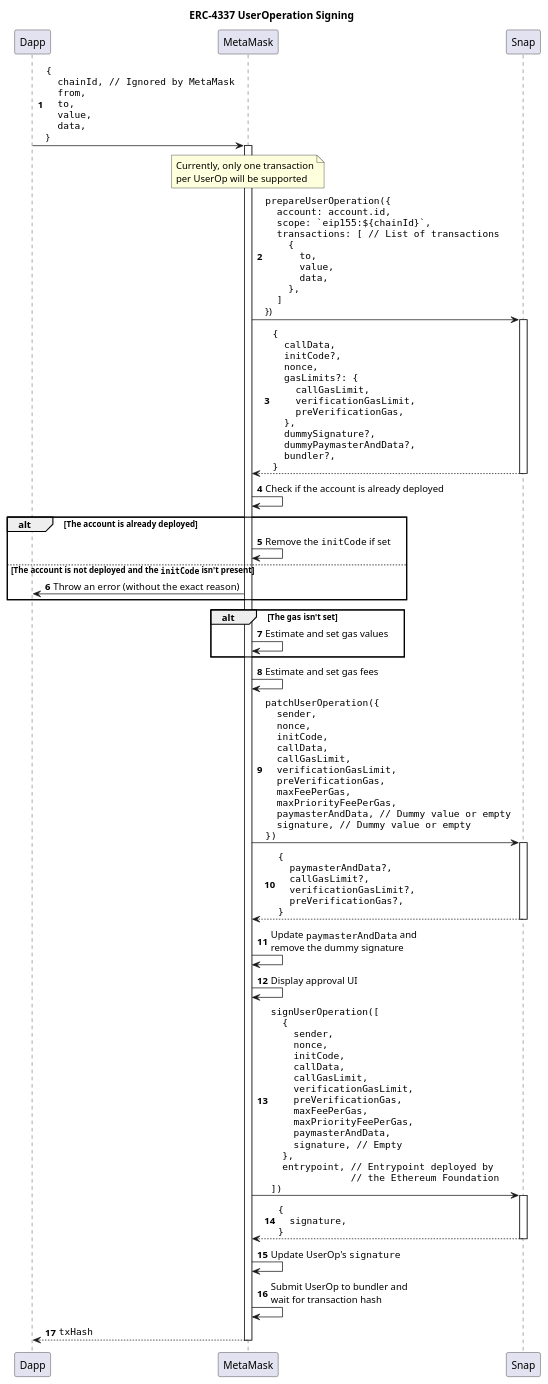
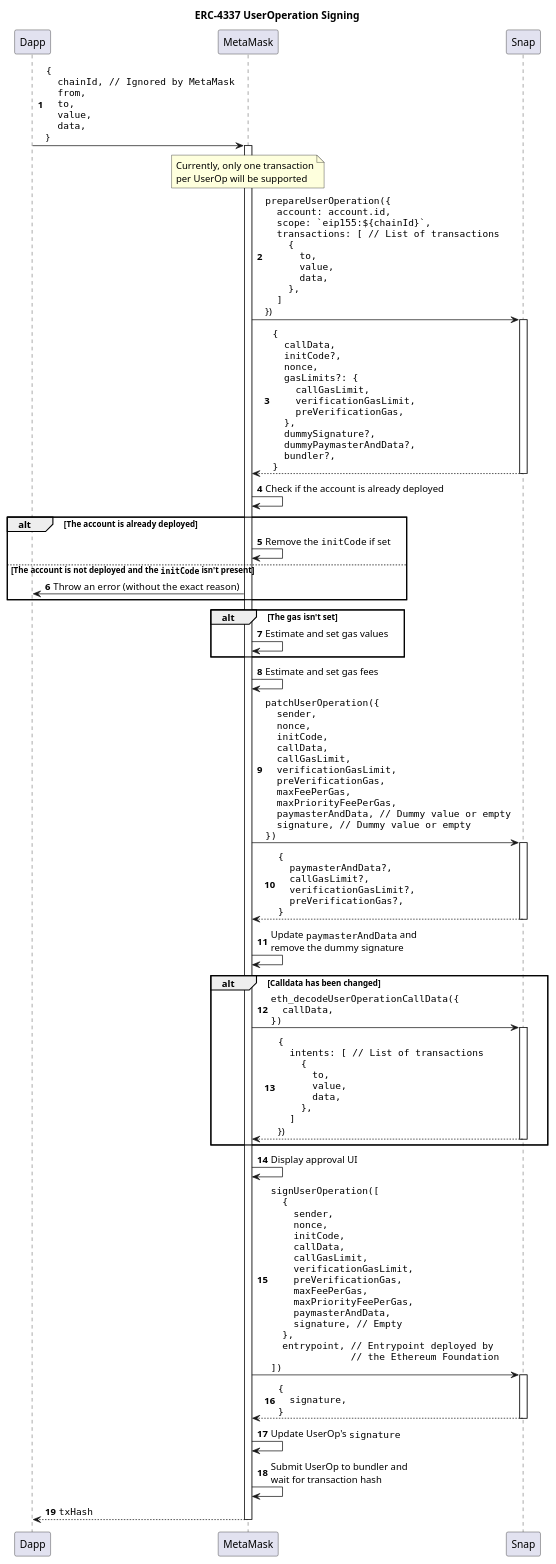
Before and after one commit to MetaMask/keyring-api: the diagram in docs/diagrams/user_operation_signing.puml, drawn with PlantUML. The commit also changed 2 other files, not shown here.

Commit message:
docs: add `eth_decodeUserOperationCallData` to documentation (#254)
* docs: add `eth_decodeUserOperationCallData` to documentation

This method takes the `callData` as input and returns the transaction
intents that were encoded in it.

* feat: update signing flow

* fix: remove 4337 flow from async flow

* feat: update 4337 flow with add decode calldata

---------

```diff
--- a/docs/diagrams/user_operation_signing.puml
+++ b/docs/diagrams/user_operation_signing.puml
@@ -1,118 +1,134 @@
 @startuml "ERC-4337 Account Support"
 autonumber
 skinparam fontname Arial
 
 title "ERC-4337 UserOperation Signing"
 
 participant Dapp
 participant MetaMask
 participant Snap
 
 Dapp -> MetaMask ++: ""{""\n\
 ""  chainId, // Ignored by MetaMask""\n\
 ""  from,""\n\
 ""  to,""\n\
 ""  value,""\n\
 ""  data,""\n\
 }
 
 note over MetaMask
     Currently, only one transaction
     per UserOp will be supported
 end note
 
 MetaMask -> Snap ++: ""prepareUserOperation({""\n\
 ""  account: account.id,""\n\
 ""  scope: `eip155:${chainId}`,""\n\
 ""  transactions: [ // List of transactions""\n\
 ""    {""\n\
 ""      to,""\n\
 ""      value,""\n\
 ""      data,""\n\
 ""    },""\n\
 ""  ]""\n\
 })
 
 Snap --> MetaMask --: ""{""\n\
 ""  callData,""\n\
 ""  initCode?,""\n\
 ""  nonce,""\n\
 ""  gasLimits?: {""\n\
 ""    callGasLimit,""\n\
 ""    verificationGasLimit,""\n\
 ""    preVerificationGas,""\n\
 ""  },""\n\
 ""  dummySignature?,""\n\
 ""  dummyPaymasterAndData?,""\n\
 ""  bundler?,""\n\
 ""}""
 
 MetaMask -> MetaMask: Check if the account is already deployed
 
 alt The account is already deployed
   MetaMask -> MetaMask: Remove the ""initCode"" if set
 else The account is not deployed and the ""initCode"" isn't present
   MetaMask -> Dapp: Throw an error (without the exact reason)
 end
 
 alt The ""gas"" isn't set
   MetaMask -> MetaMask: Estimate and set gas values
 end
 
 MetaMask -> MetaMask: Estimate and set gas fees
 
 MetaMask -> Snap ++: ""patchUserOperation({""\n\
 ""  sender,""\n\
 ""  nonce,""\n\
 ""  initCode,""\n\
 ""  callData,""\n\
 ""  callGasLimit,""\n\
 ""  verificationGasLimit,""\n\
 ""  preVerificationGas,""\n\
 ""  maxFeePerGas,""\n\
 ""  maxPriorityFeePerGas,""\n\
 ""  paymasterAndData, // Dummy value or empty""\n\
 ""  signature, // Dummy value or empty""\n\
 ""})""
 
 Snap --> MetaMask --: ""{""\n\
 ""  paymasterAndData?,""\n\
 ""  callGasLimit?,""\n\
 ""  verificationGasLimit?,""\n\
 ""  preVerificationGas?,""\n\
 ""}""
 
 MetaMask -> MetaMask: Update ""paymasterAndData"" and\n\
 remove the dummy signature
 
+alt Calldata has been changed
+MetaMask -> Snap ++: ""eth_decodeUserOperationCallData({""\n\
+""  callData,""\n\
+""})""
+Snap --> MetaMask --: ""{""\n\
+""  intents: [ // List of transactions""\n\
+""    {""\n\
+""      to,""\n\
+""      value,""\n\
+""      data,""\n\
+""    },""\n\
+""  ]""\n\
+})
+end
+
+
 MetaMask -> MetaMask: Display approval UI
 
 MetaMask -> Snap ++: ""signUserOperation([""\n\
 ""  {""\n\
 ""    sender,""\n\
 ""    nonce,""\n\
 ""    initCode,""\n\
 ""    callData,""\n\
 ""    callGasLimit,""\n\
 ""    verificationGasLimit,""\n\
 ""    preVerificationGas,""\n\
 ""    maxFeePerGas,""\n\
 ""    maxPriorityFeePerGas,""\n\
 ""    paymasterAndData,""\n\
 ""    signature, // Empty""\n\
 ""  },""\n\
 ""  entrypoint, // Entrypoint deployed by""\n\
 ""              // the Ethereum Foundation""\n\
 ""])""
 
 Snap --> MetaMask --: ""{""\n\
 ""  signature,""\n\
 ""}""
 
 MetaMask -> MetaMask: Update UserOp's ""signature""
 
 MetaMask -> MetaMask: Submit UserOp to bundler and\n\
 wait for transaction hash
 
 MetaMask --> Dapp --: ""txHash""
 @enduml
```
